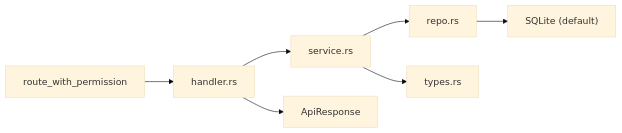
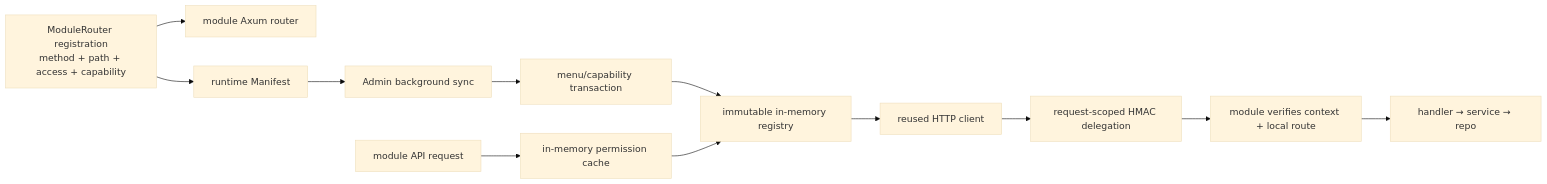
Before and after one commit to rustzen/rustzen-admin: the second of 4 diagrams in docs/reference/architecture-diagrams.md, drawn with Mermaid (base theme). The commit also changed other lines of this file and 17 other files, not shown here.

Commit message:
docs(architecture): document independent service topology

````diff
--- a/docs/reference/architecture-diagrams.md
+++ b/docs/reference/architecture-diagrams.md
@@ -20,9 +27,14 @@
 ```mermaid
 flowchart LR
-    Route["route_with_permission"] --> Handler["handler.rs"]
-    Handler --> Service["service.rs"]
-    Service --> Repo["repo.rs"]
-    Repo --> Db["SQLite (default)"]
-    Service --> Types["types.rs"]
-    Handler --> Response["ApiResponse"]
+    RustRoute["ModuleRouter registration<br/>method + path + access + capability"] --> Axum["module Axum router"]
+    RustRoute --> Manifest["runtime Manifest"]
+    Manifest --> Sync["Admin background sync"]
+    Sync --> Transaction["menu/capability transaction"]
+    Transaction --> Registry["immutable in-memory registry"]
+    Request["module API request"] --> Auth["in-memory permission cache"]
+    Auth --> Registry
+    Registry --> Client["reused HTTP client"]
+    Client --> Delegate["request-scoped HMAC delegation"]
+    Delegate --> Verify["module verifies context + local route"]
+    Verify --> Handler["handler → service → repo"]
 ```
````
